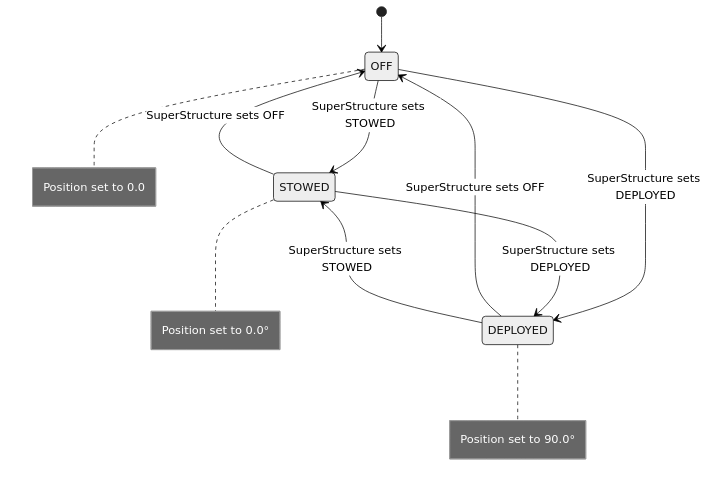
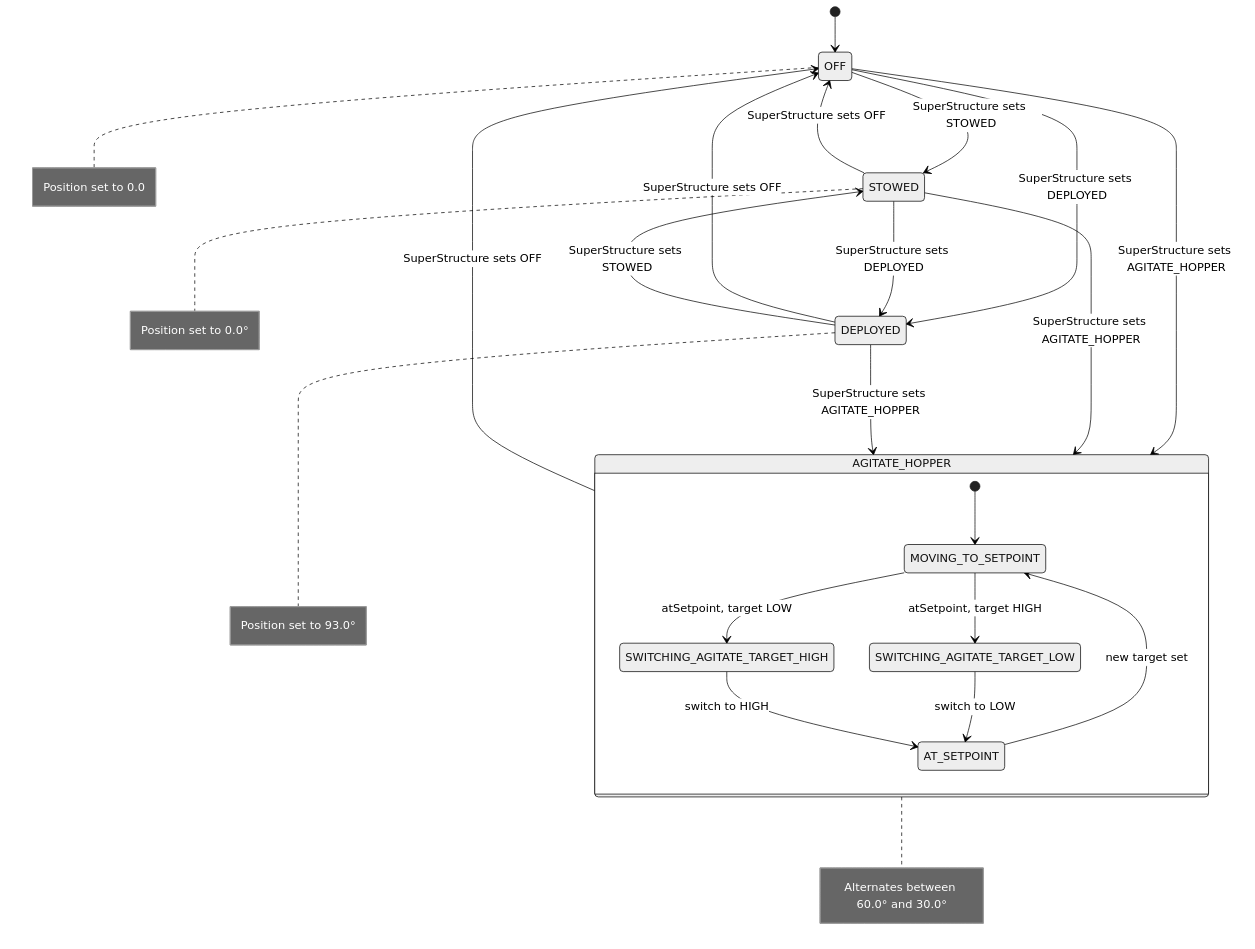
One commit to FRCTeam360/RainMaker26 changed the diagram in docs/states/IntakePivotStateMachine.mmd. Above: the diagram before and after it, drawn with Mermaid (neutral theme). The commit also changed 4 other files, not shown here.

```diff
--- a/docs/states/IntakePivotStateMachine.mmd
+++ b/docs/states/IntakePivotStateMachine.mmd
@@ -1,17 +1,32 @@
 %% IntakePivot State Machine
-%% Reflects actual code in IntakePivot.java
+%% Reflects actual code in IntakePivot.java (2026-02-27)
 stateDiagram-v2
     [*] --> OFF
 
     OFF --> STOWED : SuperStructure sets STOWED
     STOWED --> OFF : SuperStructure sets OFF
 
     OFF --> DEPLOYED : SuperStructure sets DEPLOYED
     DEPLOYED --> OFF : SuperStructure sets OFF
 
     STOWED --> DEPLOYED : SuperStructure sets DEPLOYED
     DEPLOYED --> STOWED : SuperStructure sets STOWED
 
+    OFF --> AGITATE_HOPPER : SuperStructure sets AGITATE_HOPPER
+    STOWED --> AGITATE_HOPPER : SuperStructure sets AGITATE_HOPPER
+    DEPLOYED --> AGITATE_HOPPER : SuperStructure sets AGITATE_HOPPER
+    AGITATE_HOPPER --> OFF : SuperStructure sets OFF
+
+    state AGITATE_HOPPER {
+        [*] --> MOVING_TO_SETPOINT
+        MOVING_TO_SETPOINT --> SWITCHING_AGITATE_TARGET_HIGH : atSetpoint, target LOW
+        MOVING_TO_SETPOINT --> SWITCHING_AGITATE_TARGET_LOW : atSetpoint, target HIGH
+        SWITCHING_AGITATE_TARGET_HIGH --> AT_SETPOINT : switch to HIGH
+        SWITCHING_AGITATE_TARGET_LOW --> AT_SETPOINT : switch to LOW
+        AT_SETPOINT --> MOVING_TO_SETPOINT : new target set
+    }
+
     note right of OFF : Position set to 0.0
     note right of STOWED : Position set to 0.0°
-    note right of DEPLOYED : Position set to 90.0°
+    note right of DEPLOYED : Position set to 93.0°
+    note right of AGITATE_HOPPER : Alternates between 60.0° and 30.0°
```
